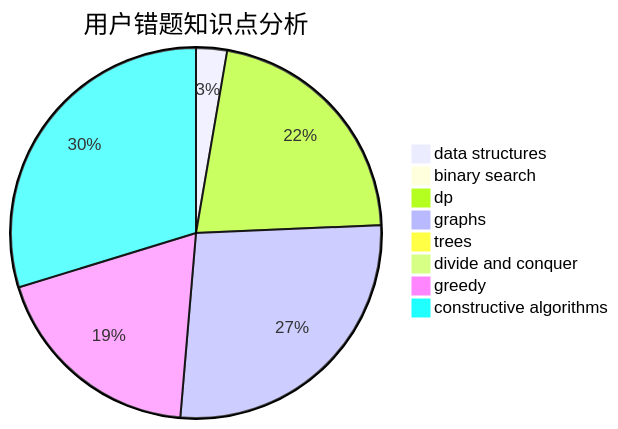
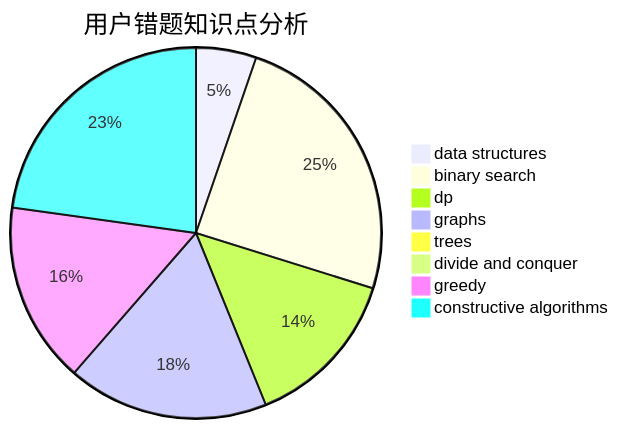
The third of 3 diagrams in docs/user/u544.md (sherpahu/cfrs.github.io), drawn with Mermaid before and after one commit. The commit also changed other lines of this file and 2770 other files, not shown here.

````diff
--- a/docs/user/u544.md
+++ b/docs/user/u544.md
@@ -36,11 +36,11 @@
 ```mermaid
 pie title 用户错题知识点分析
-    "data structures" :  1
-    "binary search" :  0
+    "data structures" :  3
+    "binary search" :  14
     "dp" :  8
     "graphs" :  10
     "trees" :  0
     "divide and conquer" :  0
-    "greedy" :  7
-    "constructive algorithms" :  11
+    "greedy" :  9
+    "constructive algorithms" :  13
 ```
````
